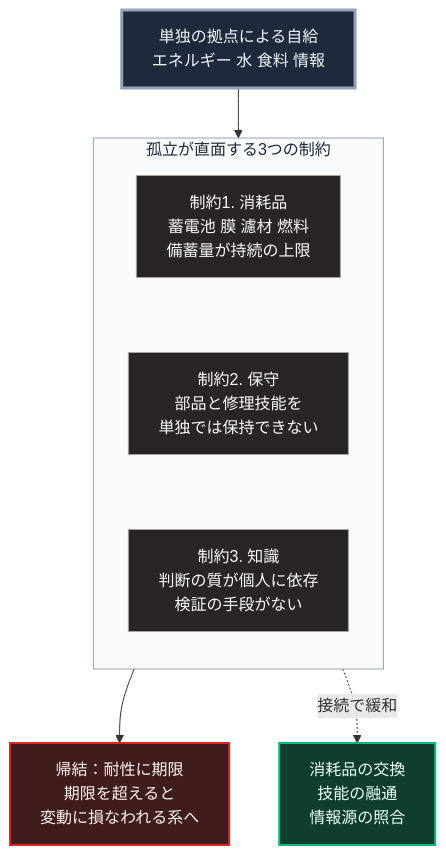
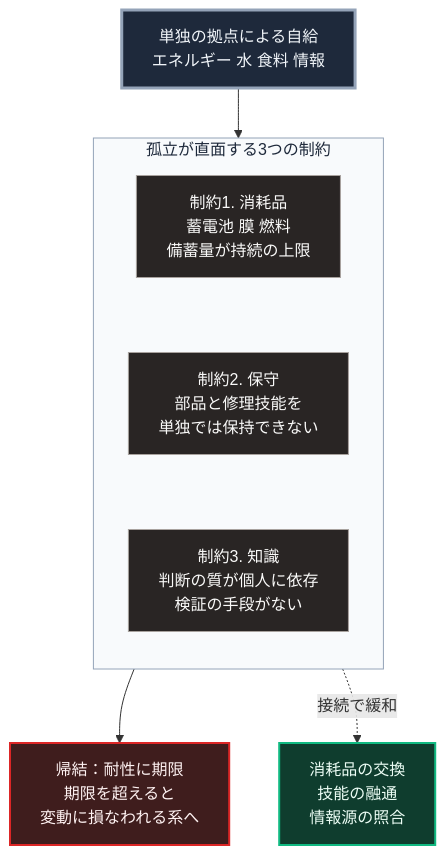
Before and after one commit to Takenori-Kusaka/zenn-content: the diagram in books/sovereign-resilience-blueprint/47_standalone-prepping-vulnerability.md, drawn with Mermaid. The commit also changed 15 other files, not shown here.

````diff
--- a/books/sovereign-resilience-blueprint/47_standalone-prepping-vulnerability.md
+++ b/books/sovereign-resilience-blueprint/47_standalone-prepping-vulnerability.md
@@ -57,20 +57,20 @@
 ```mermaid
 flowchart TD
     S[単独の拠点による自給<br>エネルギー 水 食料 情報]
     S --> G1
     subgraph G1[孤立が直面する3つの制約]
         direction TB
-        C1[制約1. 消耗品<br>蓄電池 膜 濾材 燃料<br>備蓄量が持続の上限] ~~~ C2[制約2. 保守<br>部品と修理技能を<br>単独では保持できない]
+        C1[制約1. 消耗品<br>蓄電池 膜 燃料<br>備蓄量が持続の上限] ~~~ C2[制約2. 保守<br>部品と修理技能を<br>単独では保持できない]
         C2 ~~~ C3[制約3. 知識<br>判断の質が個人に依存<br>検証の手段がない]
     end
     G1 --> R[帰結：耐性に期限<br>期限を超えると<br>変動に損なわれる系へ]
     G1 -.->|接続で緩和| E[消耗品の交換<br>技能の融通<br>情報源の照合]
 
     style S fill:#1e293b,stroke:#94a3b8,stroke-width:3px,color:#f1f5f9
     style C1 fill:#292524,stroke:#a8a29e,color:#fafaf9
     style C2 fill:#292524,stroke:#a8a29e,color:#fafaf9
     style C3 fill:#292524,stroke:#a8a29e,color:#fafaf9
     style R fill:#3f1d1d,stroke:#dc2626,stroke-width:2px,color:#fef2f2
     style E fill:#0f3d2e,stroke:#10b981,stroke-width:2px,color:#ecfdf5
     style G1 fill:#f8fafc,stroke:#94a3b8,color:#1e293b
 ```
````
